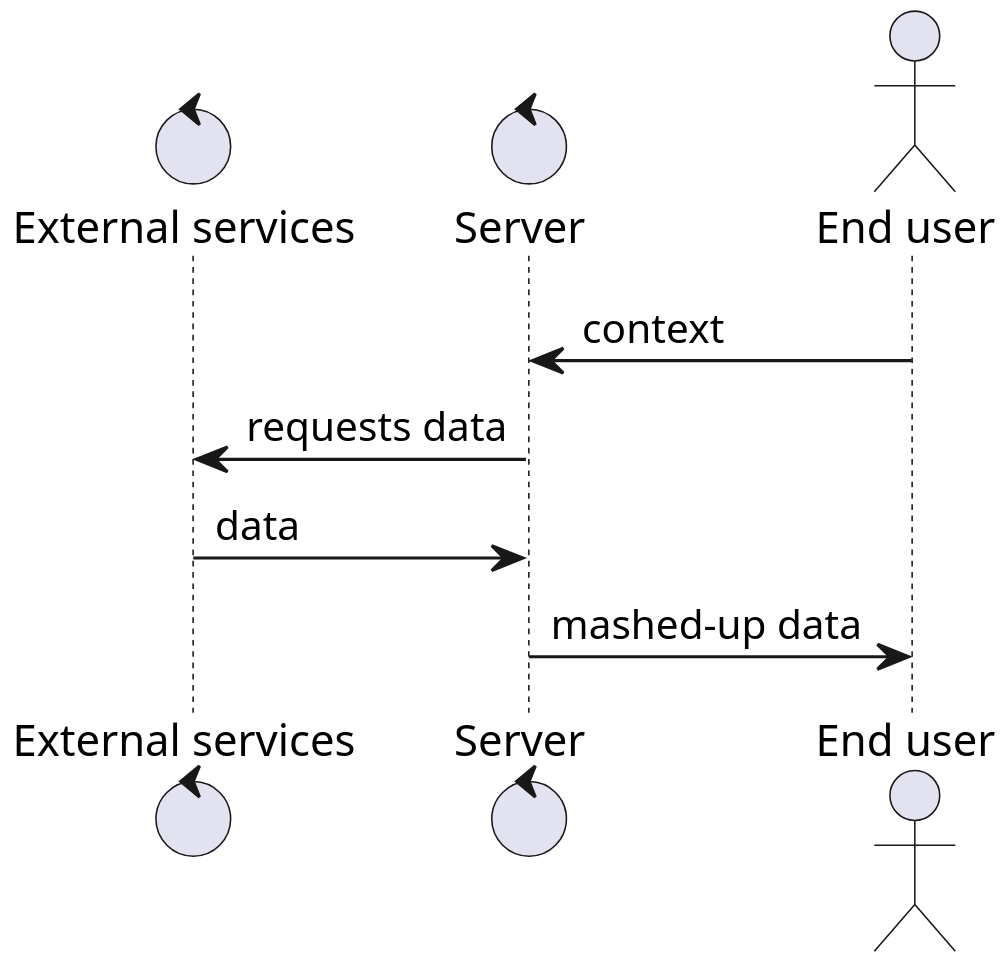
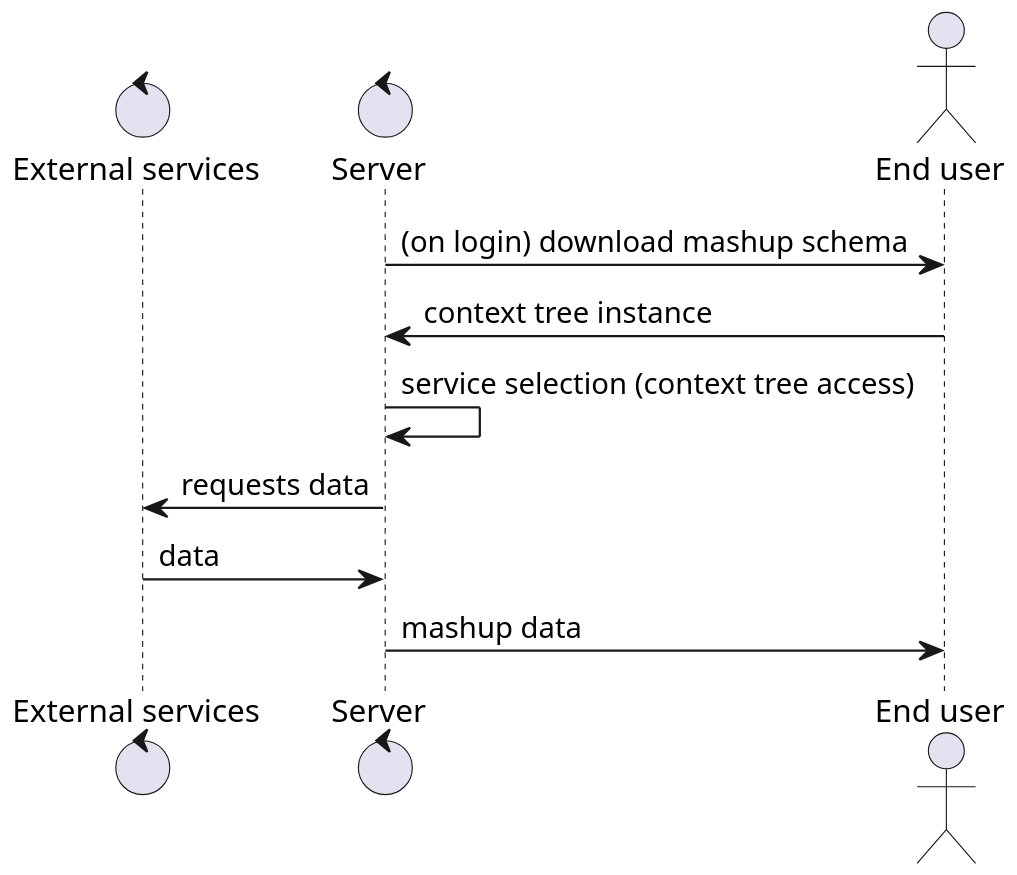
One commit to vzaccaria/icwe16-slides changed the second of 3 diagrams in src/org/icwe_rmc.org. Above: the diagram before and after it, drawn with PlantUML. The commit also changed other lines of this file and 5 other files, not shown here.

```diff
--- a/src/org/icwe_rmc.org
+++ b/src/org/icwe_rmc.org
@@ -76,12 +84,14 @@
 #+begin_src plantuml :file images/runtime.png :exports results :cache yes
 @startuml
 scale 900 width
 control "External services"
 control "Server"
 actor "End user"
-"End user" -> "Server" : context
+"Server" -> "End user" : (on login) download mashup schema 
+"End user" -> "Server" : context tree instance
+"Server" -> "Server" : service selection (context tree access)
 "Server" -> "External services" : requests data
 "External services" -> "Server" : data
-"Server" -> "End user" : mashed-up data
+"Server" -> "End user" : mashup data
 @enduml
 #+end_src
```
